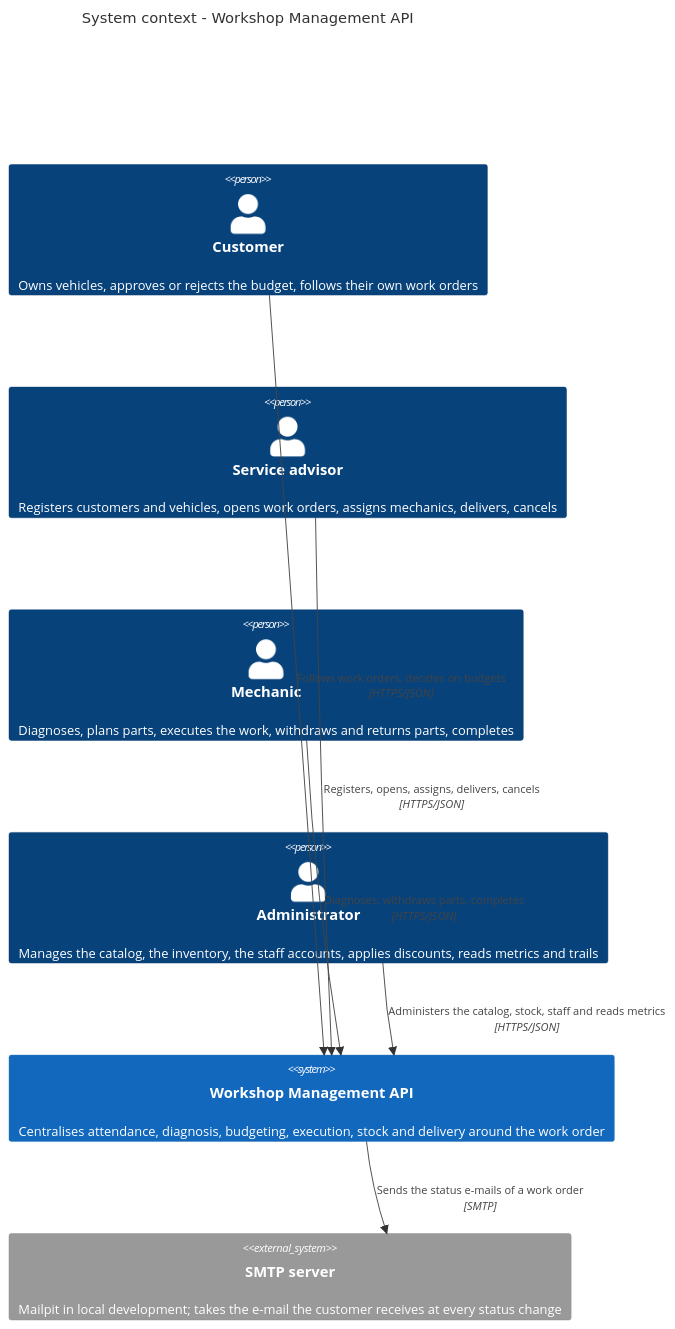
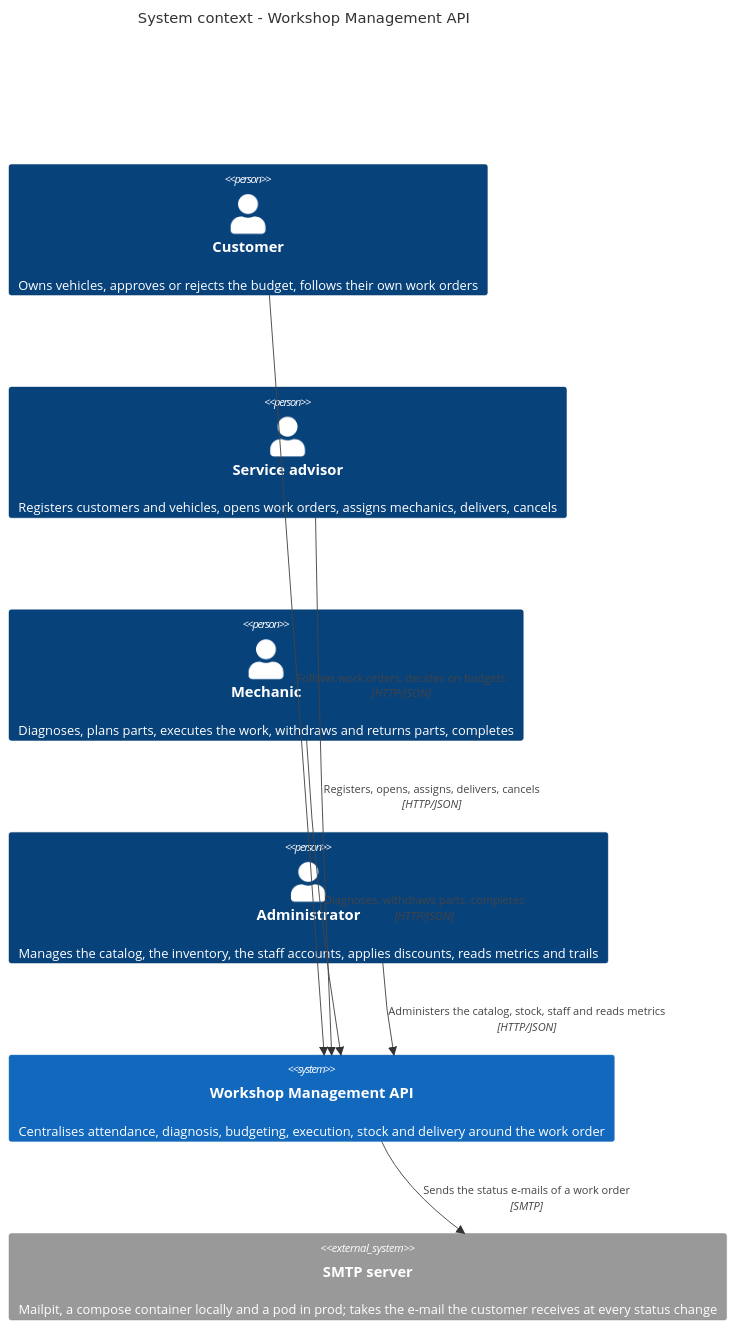
The diagram in docs/architecture/c4-system-context.mmd (kewincosta/tech-challenge-fiap), drawn with Mermaid before and after one commit. The commit also changed 10 other files, not shown here.

Commit message:
docs(architecture): draw the prod deployment and where Mailpit runs

```diff
--- a/docs/architecture/c4-system-context.mmd
+++ b/docs/architecture/c4-system-context.mmd
@@ -1,22 +1,22 @@
 %% C4 level 1, system context - Workshop Management API
 %% Four business actors and one system. One external system, an SMTP server that takes the status
 %% e-mails. This MVP integrates with no payment provider and no supplier. See architecture-overview.md.
 
 C4Context
   title System context - Workshop Management API
 
   Person(customer, "Customer", "Owns vehicles, approves or rejects the budget, follows their own work orders")
   Person(advisor, "Service advisor", "Registers customers and vehicles, opens work orders, assigns mechanics, delivers, cancels")
   Person(mechanic, "Mechanic", "Diagnoses, plans parts, executes the work, withdraws and returns parts, completes")
   Person(admin, "Administrator", "Manages the catalog, the inventory, the staff accounts, applies discounts, reads metrics and trails")
 
   System(api, "Workshop Management API", "Centralises attendance, diagnosis, budgeting, execution, stock and delivery around the work order")
-  System_Ext(mail, "SMTP server", "Mailpit in local development; takes the e-mail the customer receives at every status change")
+  System_Ext(mail, "SMTP server", "Mailpit, a compose container locally and a pod in prod; takes the e-mail the customer receives at every status change")
 
-  Rel(customer, api, "Follows work orders, decides on budgets", "HTTPS/JSON")
-  Rel(advisor, api, "Registers, opens, assigns, delivers, cancels", "HTTPS/JSON")
-  Rel(mechanic, api, "Diagnoses, withdraws parts, completes", "HTTPS/JSON")
-  Rel(admin, api, "Administers the catalog, stock, staff and reads metrics", "HTTPS/JSON")
+  Rel(customer, api, "Follows work orders, decides on budgets", "HTTP/JSON")
+  Rel(advisor, api, "Registers, opens, assigns, delivers, cancels", "HTTP/JSON")
+  Rel(mechanic, api, "Diagnoses, withdraws parts, completes", "HTTP/JSON")
+  Rel(admin, api, "Administers the catalog, stock, staff and reads metrics", "HTTP/JSON")
   Rel(api, mail, "Sends the status e-mails of a work order", "SMTP")
 
   UpdateLayoutConfig($c4ShapeInRow="2", $c4BoundaryInRow="1")
```
